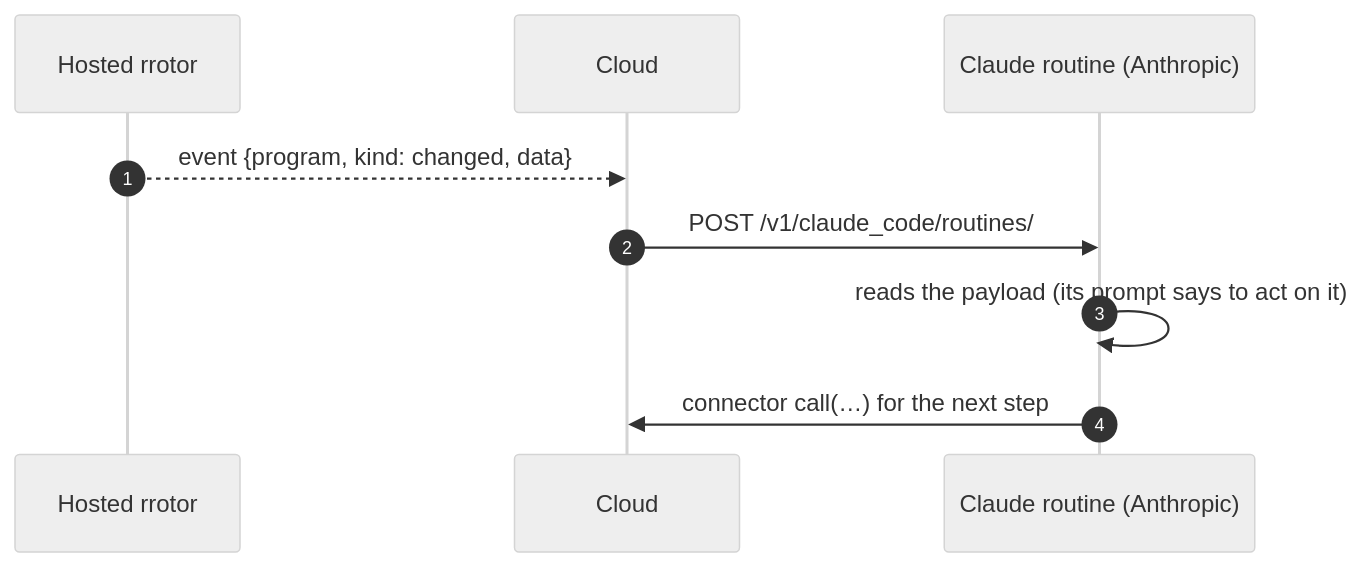
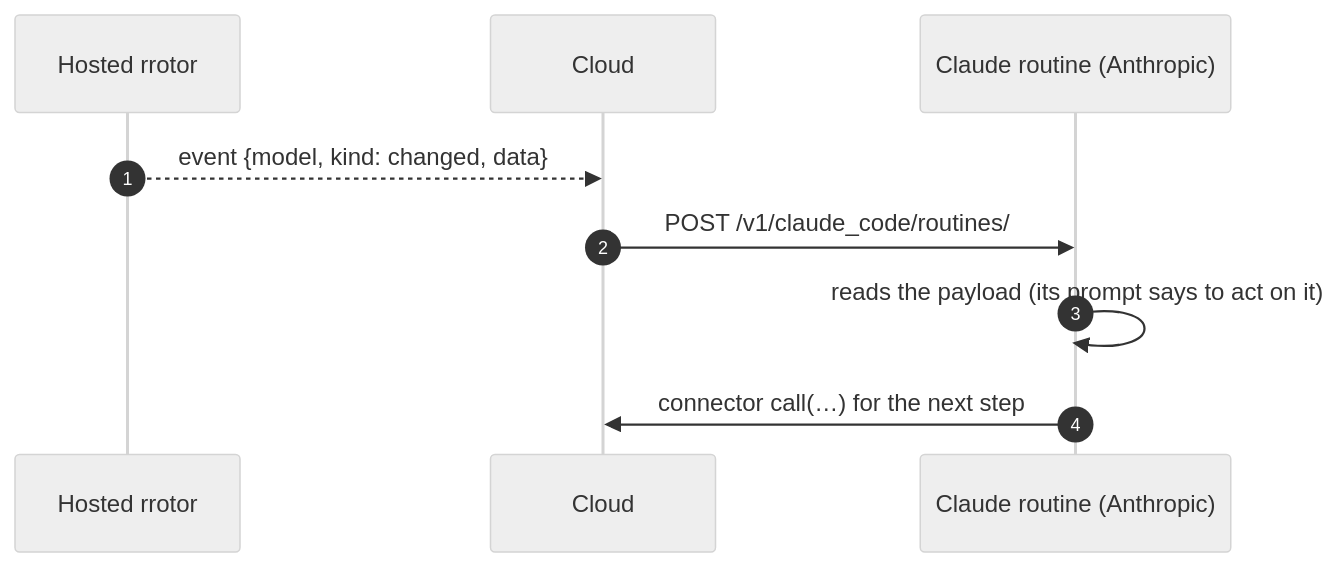
Before and after one commit to glyphh-ai/rrotor: diagram 11 of 13 in docs/architecture.md, drawn with Mermaid (neutral theme). The commit also changed other lines of this file and 63 other files, not shown here.

First line of the commit message:
Rename program to model

````diff
--- a/docs/architecture.md
+++ b/docs/architecture.md
@@ -401,11 +401,11 @@
 ```mermaid
 sequenceDiagram
     autonumber
     participant H as Hosted rrotor
     participant G as Cloud
     participant A as Claude routine (Anthropic)
-    H-->>G: event {program, kind: changed, data}
+    H-->>G: event {model, kind: changed, data}
     G->>A: POST /v1/claude_code/routines/#lt#59;id#gt#59;/fire {text: event JSON} (the person gave Glyphh this routine's trigger)
     A->>A: reads the payload (its prompt says to act on it)
     A->>G: connector call(…) for the next step
 ```
````
